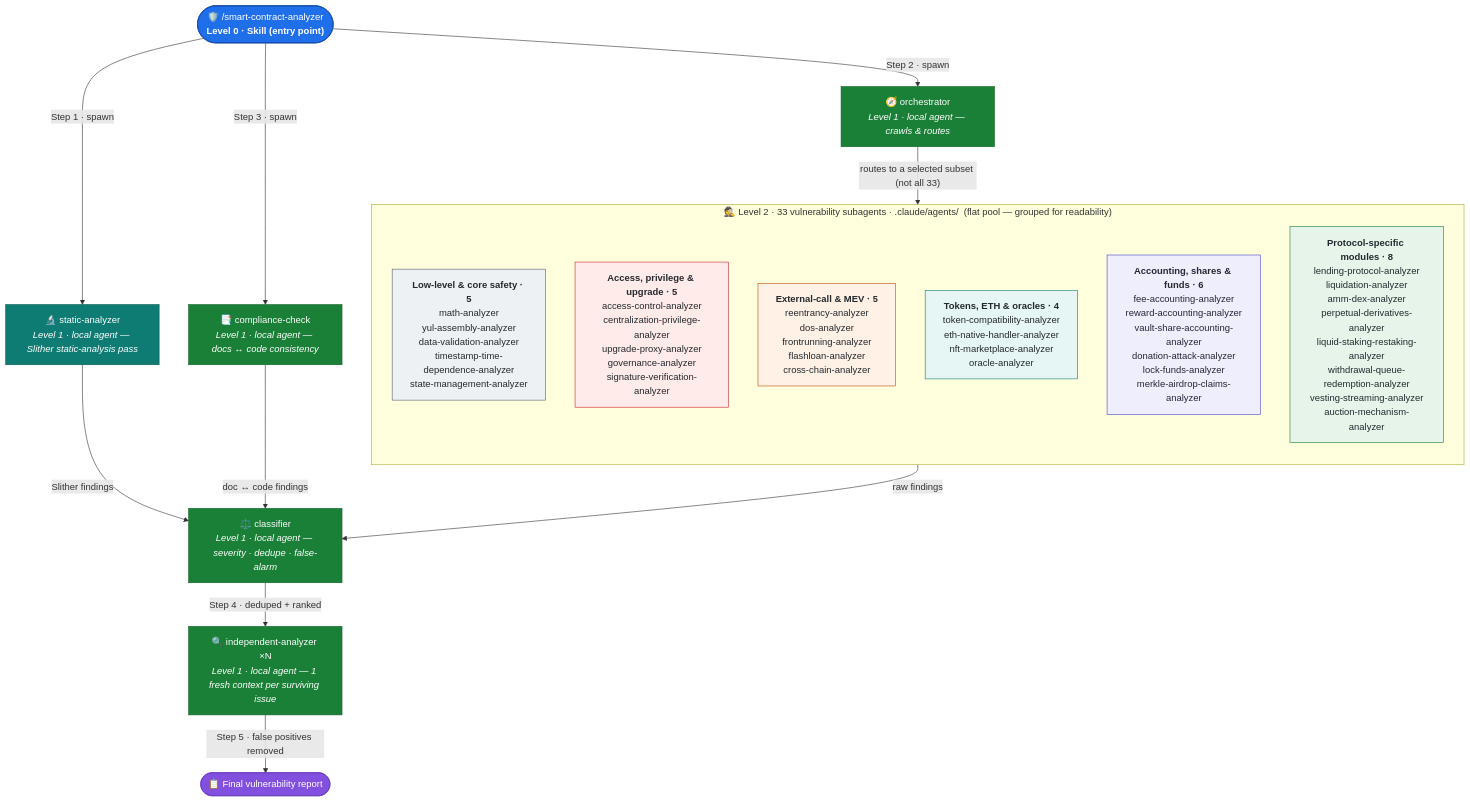
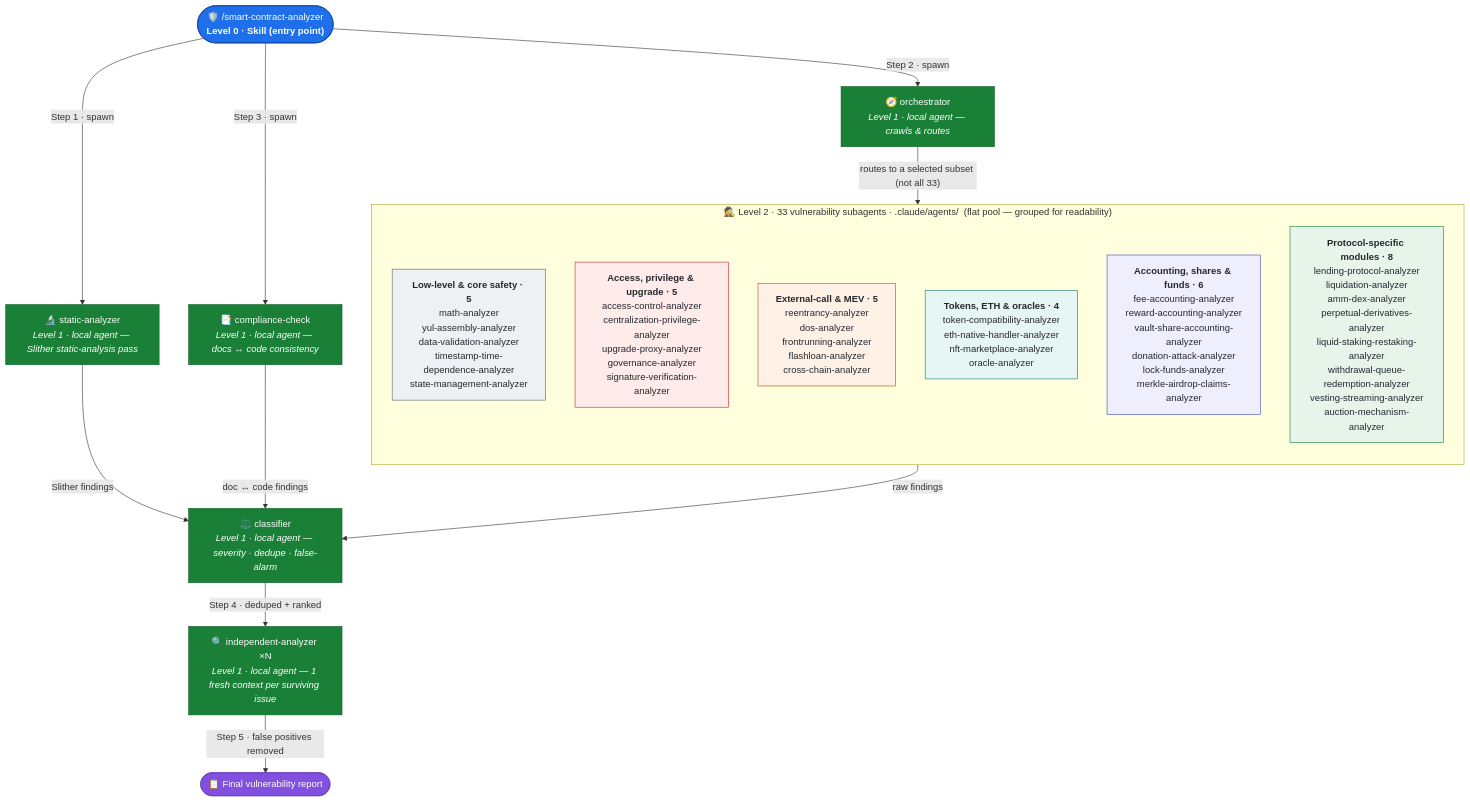
One commit to mnedelchev-vn/solidity-claude-setup changed the diagram in .claude/skills/smart-contract-analyzer/README.md. Above: the diagram before and after it, drawn with Mermaid.

Commit message:
docs(smart-contract-analyzer): style static-analyzer node as local agent

````diff
--- a/.claude/skills/smart-contract-analyzer/README.md
+++ b/.claude/skills/smart-contract-analyzer/README.md
@@ -9,46 +9,44 @@
 ```mermaid
 flowchart TD
     SKILL(["🛡️ /smart-contract-analyzer<br/><b>Level 0 · Skill (entry point)</b>"])
     STATIC["🔬 static-analyzer<br/><i>Level 1 · local agent — Slither static-analysis pass</i>"]
     ORCH["🧭 orchestrator<br/><i>Level 1 · local agent — crawls & routes</i>"]
     COMPL["📑 compliance-check<br/><i>Level 1 · local agent — docs ↔ code consistency</i>"]
     CLASS["⚖️ classifier<br/><i>Level 1 · local agent — severity · dedupe · false-alarm</i>"]
     INDEP["🔍 independent-analyzer ×N<br/><i>Level 1 · local agent — 1 fresh context per surviving issue</i>"]
     OUT(["📋 Final vulnerability report"])
 
     subgraph POOL["🕵️ Level 2 · 33 vulnerability subagents · .claude/agents/ &nbsp;(flat pool — grouped for readability)"]
       direction TB
       G1["<b>Low-level &amp; core safety · 5</b><br/>math-analyzer<br/>yul-assembly-analyzer<br/>data-validation-analyzer<br/>timestamp-time-dependence-analyzer<br/>state-management-analyzer"]
       G2["<b>Access, privilege &amp; upgrade · 5</b><br/>access-control-analyzer<br/>centralization-privilege-analyzer<br/>upgrade-proxy-analyzer<br/>governance-analyzer<br/>signature-verification-analyzer"]
       G3["<b>External-call &amp; MEV · 5</b><br/>reentrancy-analyzer<br/>dos-analyzer<br/>frontrunning-analyzer<br/>flashloan-analyzer<br/>cross-chain-analyzer"]
       G4["<b>Tokens, ETH &amp; oracles · 4</b><br/>token-compatibility-analyzer<br/>eth-native-handler-analyzer<br/>nft-marketplace-analyzer<br/>oracle-analyzer"]
       G5["<b>Accounting, shares &amp; funds · 6</b><br/>fee-accounting-analyzer<br/>reward-accounting-analyzer<br/>vault-share-accounting-analyzer<br/>donation-attack-analyzer<br/>lock-funds-analyzer<br/>merkle-airdrop-claims-analyzer"]
       G6["<b>Protocol-specific modules · 8</b><br/>lending-protocol-analyzer<br/>liquidation-analyzer<br/>amm-dex-analyzer<br/>perpetual-derivatives-analyzer<br/>liquid-staking-restaking-analyzer<br/>withdrawal-queue-redemption-analyzer<br/>vesting-streaming-analyzer<br/>auction-mechanism-analyzer"]
     end
 
     SKILL -- "Step 1 · spawn" --> STATIC
     SKILL -- "Step 2 · spawn" --> ORCH
     SKILL -- "Step 3 · spawn" --> COMPL
     ORCH -- "routes to a selected subset (not all 33)" --> POOL
     STATIC -- "Slither findings" --> CLASS
     POOL -- "raw findings" --> CLASS
     COMPL -- "doc ↔ code findings" --> CLASS
     CLASS -- "Step 4 · deduped + ranked" --> INDEP
     INDEP -- "Step 5 · false positives removed" --> OUT
 
     classDef skill fill:#1f6feb,stroke:#0d419d,color:#fff;
     classDef local fill:#1a7f37,stroke:#116329,color:#fff;
-    classDef static fill:#0f7c74,stroke:#0a5952,color:#fff;
     classDef out fill:#8250df,stroke:#6639ba,color:#fff;
     classDef g1 fill:#eef1f4,stroke:#57606a,color:#24292f;
     classDef g2 fill:#ffebe9,stroke:#cf222e,color:#24292f;
     classDef g3 fill:#fff1e5,stroke:#bc4c00,color:#24292f;
     classDef g4 fill:#e6f6f4,stroke:#0f7c74,color:#24292f;
     classDef g5 fill:#eeeefc,stroke:#4646c9,color:#24292f;
     classDef g6 fill:#e6f4ea,stroke:#1a7f37,color:#24292f;
     class SKILL skill;
-    class STATIC static;
-    class ORCH,COMPL,CLASS,INDEP local;
+    class STATIC,ORCH,COMPL,CLASS,INDEP local;
     class OUT out;
     class G1 g1; class G2 g2; class G3 g3; class G4 g4; class G5 g5; class G6 g6;
 ```
````
